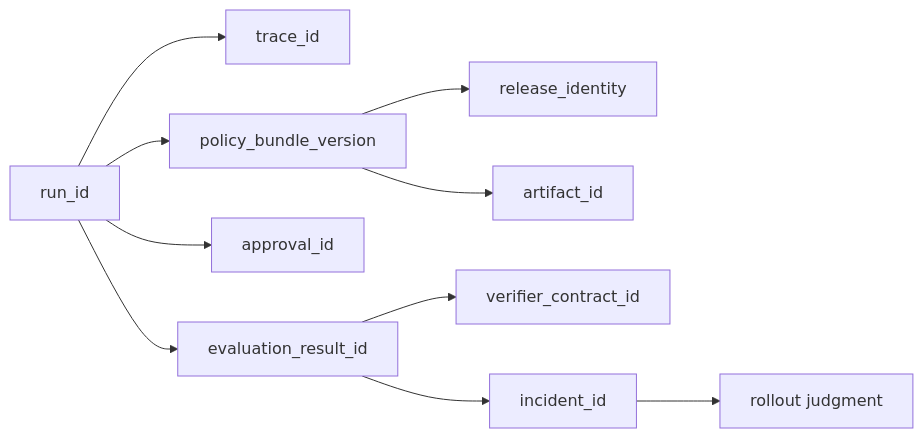
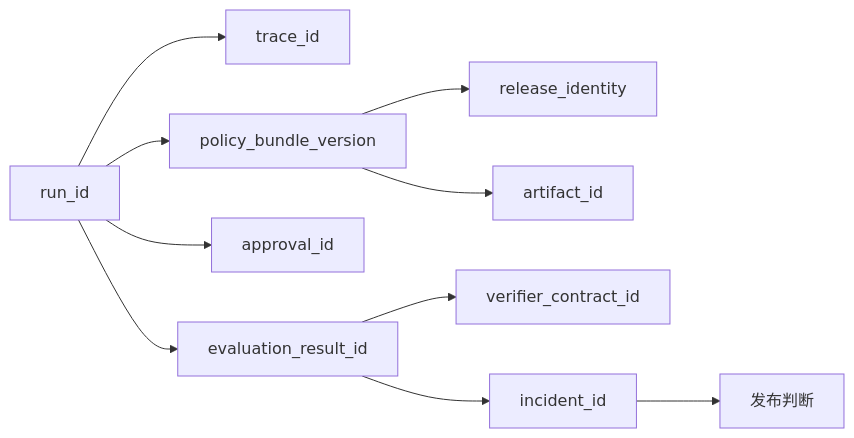
One commit to agent-axiom/agent-arch changed the diagram in docs/book/part-v/evidence-spine.zh.md. Above: the diagram before and after it, drawn with Mermaid. The commit also changed other lines of this file, not shown here.

````diff
--- a/docs/book/part-v/evidence-spine.zh.md
+++ b/docs/book/part-v/evidence-spine.zh.md
@@ -70,12 +70,12 @@
 ``` mermaid
 flowchart LR
     A["run_id"] --> B["trace_id"]
     A --> C["policy_bundle_version"]
     A --> D["approval_id"]
     A --> E["evaluation_result_id"]
     C --> F["release_identity"]
     C --> G["artifact_id"]
     E --> H["verifier_contract_id"]
     E --> I["incident_id"]
-    I --> J["rollout judgment"]
+    I --> J["发布判断"]
 ```
````
